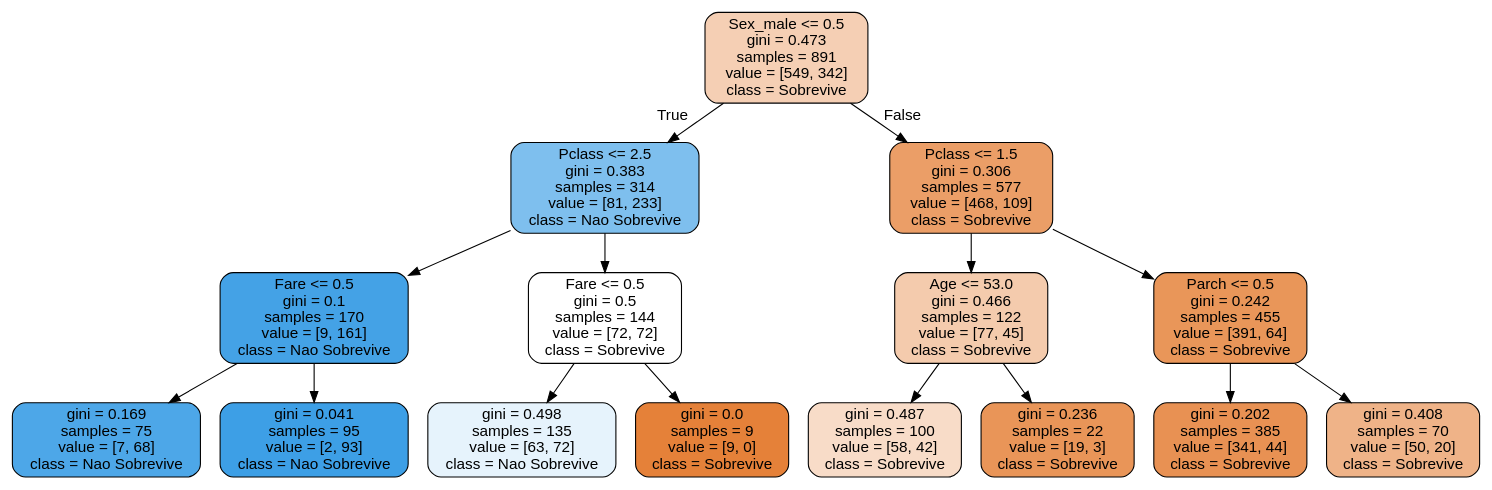
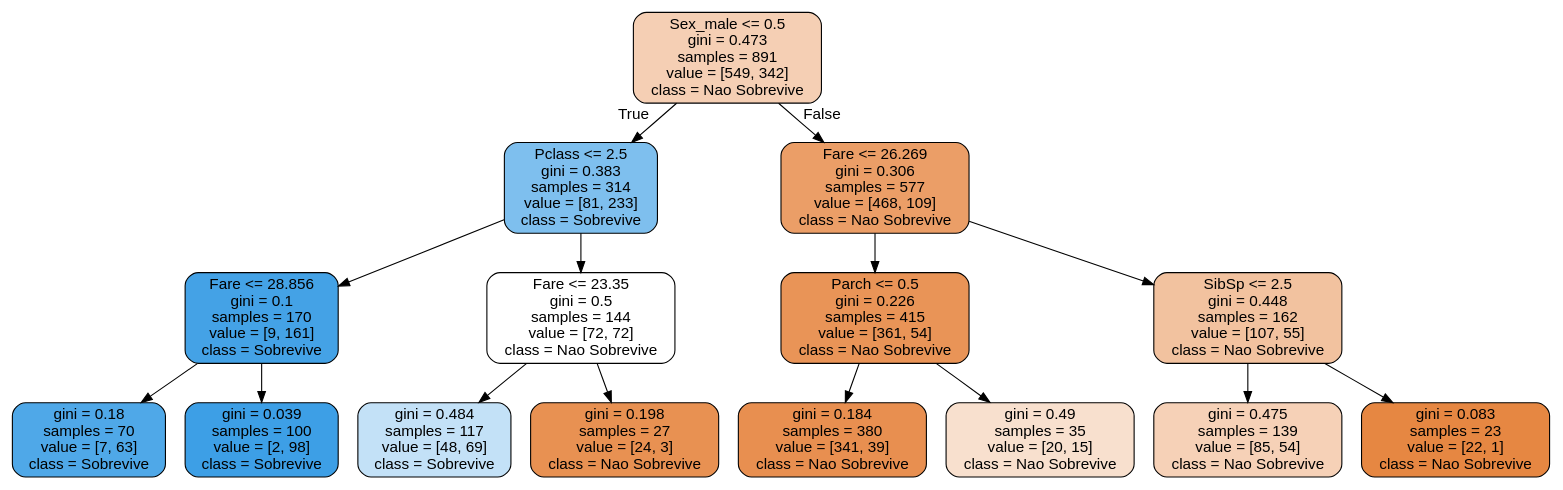
One commit to hugosantosbessa/ML2023-HugoBessa changed the diagram in llistas/arvores/titanic.dot. Above: the diagram before and after it, drawn with Graphviz. The commit also changed 9 other files, not shown here.

```diff
--- a/llistas/arvores/titanic.dot
+++ b/llistas/arvores/titanic.dot
@@ -1,33 +1,33 @@
 digraph Tree {
 node [shape=box, style="filled, rounded", color="black", fontname="helvetica"] ;
 edge [fontname="helvetica"] ;
-0 [label="Sex_male <= 0.5\ngini = 0.473\nsamples = 891\nvalue = [549, 342]\nclass = Sobrevive", fillcolor="#f5cfb4"] ;
-1 [label="Pclass <= 2.5\ngini = 0.383\nsamples = 314\nvalue = [81, 233]\nclass = Nao Sobrevive", fillcolor="#7ebfee"] ;
+0 [label="Sex_male <= 0.5\ngini = 0.473\nsamples = 891\nvalue = [549, 342]\nclass = Nao Sobrevive", fillcolor="#f5cfb4"] ;
+1 [label="Pclass <= 2.5\ngini = 0.383\nsamples = 314\nvalue = [81, 233]\nclass = Sobrevive", fillcolor="#7ebfee"] ;
 0 -> 1 [labeldistance=2.5, labelangle=45, headlabel="True"] ;
-2 [label="Fare <= 0.5\ngini = 0.1\nsamples = 170\nvalue = [9, 161]\nclass = Nao Sobrevive", fillcolor="#44a2e6"] ;
+2 [label="Fare <= 28.856\ngini = 0.1\nsamples = 170\nvalue = [9, 161]\nclass = Sobrevive", fillcolor="#44a2e6"] ;
 1 -> 2 ;
-3 [label="gini = 0.169\nsamples = 75\nvalue = [7, 68]\nclass = Nao Sobrevive", fillcolor="#4da7e8"] ;
+3 [label="gini = 0.18\nsamples = 70\nvalue = [7, 63]\nclass = Sobrevive", fillcolor="#4fa8e8"] ;
 2 -> 3 ;
-4 [label="gini = 0.041\nsamples = 95\nvalue = [2, 93]\nclass = Nao Sobrevive", fillcolor="#3d9fe6"] ;
+4 [label="gini = 0.039\nsamples = 100\nvalue = [2, 98]\nclass = Sobrevive", fillcolor="#3d9fe6"] ;
 2 -> 4 ;
-5 [label="Fare <= 0.5\ngini = 0.5\nsamples = 144\nvalue = [72, 72]\nclass = Sobrevive", fillcolor="#ffffff"] ;
+5 [label="Fare <= 23.35\ngini = 0.5\nsamples = 144\nvalue = [72, 72]\nclass = Nao Sobrevive", fillcolor="#ffffff"] ;
 1 -> 5 ;
-6 [label="gini = 0.498\nsamples = 135\nvalue = [63, 72]\nclass = Nao Sobrevive", fillcolor="#e6f3fc"] ;
+6 [label="gini = 0.484\nsamples = 117\nvalue = [48, 69]\nclass = Sobrevive", fillcolor="#c3e1f7"] ;
 5 -> 6 ;
-7 [label="gini = 0.0\nsamples = 9\nvalue = [9, 0]\nclass = Sobrevive", fillcolor="#e58139"] ;
+7 [label="gini = 0.198\nsamples = 27\nvalue = [24, 3]\nclass = Nao Sobrevive", fillcolor="#e89152"] ;
 5 -> 7 ;
-8 [label="Pclass <= 1.5\ngini = 0.306\nsamples = 577\nvalue = [468, 109]\nclass = Sobrevive", fillcolor="#eb9e67"] ;
+8 [label="Fare <= 26.269\ngini = 0.306\nsamples = 577\nvalue = [468, 109]\nclass = Nao Sobrevive", fillcolor="#eb9e67"] ;
 0 -> 8 [labeldistance=2.5, labelangle=-45, headlabel="False"] ;
-9 [label="Age <= 53.0\ngini = 0.466\nsamples = 122\nvalue = [77, 45]\nclass = Sobrevive", fillcolor="#f4cbad"] ;
+9 [label="Parch <= 0.5\ngini = 0.226\nsamples = 415\nvalue = [361, 54]\nclass = Nao Sobrevive", fillcolor="#e99457"] ;
 8 -> 9 ;
-10 [label="gini = 0.487\nsamples = 100\nvalue = [58, 42]\nclass = Sobrevive", fillcolor="#f8dcc8"] ;
+10 [label="gini = 0.184\nsamples = 380\nvalue = [341, 39]\nclass = Nao Sobrevive", fillcolor="#e88f50"] ;
 9 -> 10 ;
-11 [label="gini = 0.236\nsamples = 22\nvalue = [19, 3]\nclass = Sobrevive", fillcolor="#e99558"] ;
+11 [label="gini = 0.49\nsamples = 35\nvalue = [20, 15]\nclass = Nao Sobrevive", fillcolor="#f8e0ce"] ;
 9 -> 11 ;
-12 [label="Parch <= 0.5\ngini = 0.242\nsamples = 455\nvalue = [391, 64]\nclass = Sobrevive", fillcolor="#e99659"] ;
+12 [label="SibSp <= 2.5\ngini = 0.448\nsamples = 162\nvalue = [107, 55]\nclass = Nao Sobrevive", fillcolor="#f2c29f"] ;
 8 -> 12 ;
-13 [label="gini = 0.202\nsamples = 385\nvalue = [341, 44]\nclass = Sobrevive", fillcolor="#e89153"] ;
+13 [label="gini = 0.475\nsamples = 139\nvalue = [85, 54]\nclass = Nao Sobrevive", fillcolor="#f6d1b7"] ;
 12 -> 13 ;
-14 [label="gini = 0.408\nsamples = 70\nvalue = [50, 20]\nclass = Sobrevive", fillcolor="#efb388"] ;
+14 [label="gini = 0.083\nsamples = 23\nvalue = [22, 1]\nclass = Nao Sobrevive", fillcolor="#e68742"] ;
 12 -> 14 ;
 }
```
